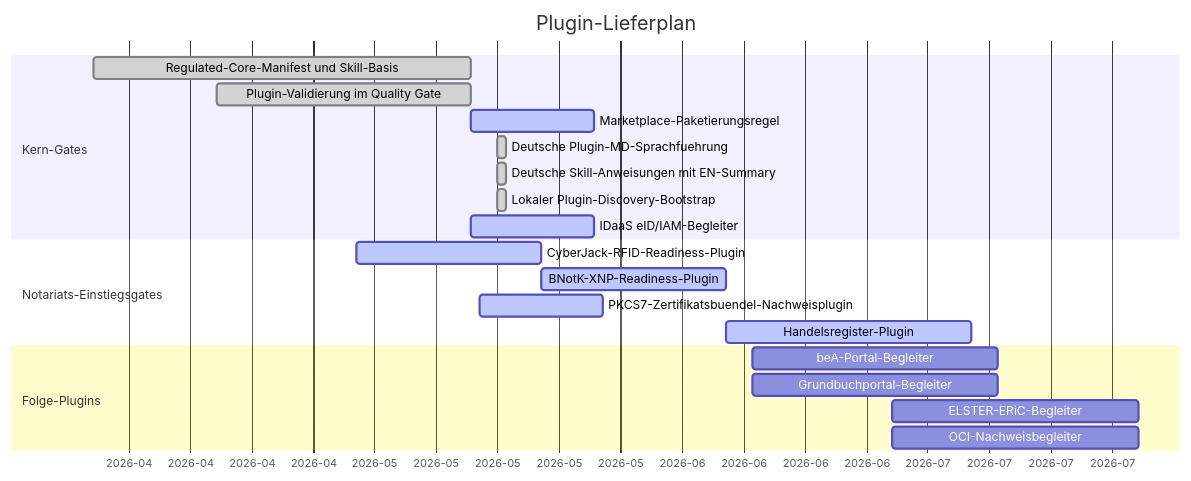
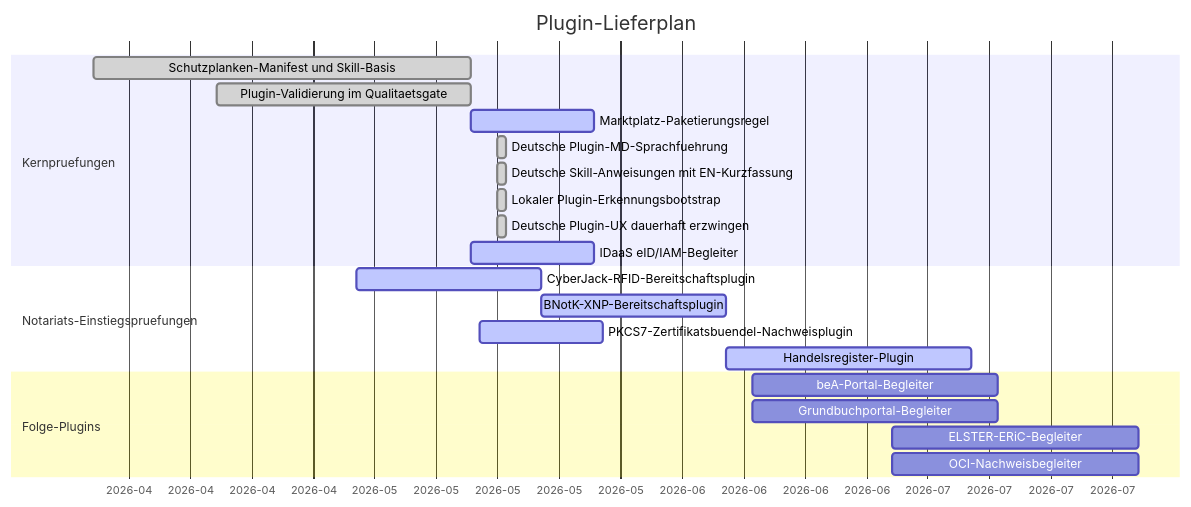
One commit to notariat8/NaC changed the diagram in plugins/GANTT.md. Above: the diagram before and after it, drawn with Mermaid. The commit also changed other lines of this file and 54 other files, not shown here.

````diff
--- a/plugins/GANTT.md
+++ b/plugins/GANTT.md
@@ -5,27 +5,28 @@
 ```mermaid
 gantt
     title Plugin-Lieferplan
     dateFormat  YYYY-MM-DD
     axisFormat  %Y-%m
 
-    section Kern-Gates
-    Regulated-Core-Manifest und Skill-Basis    :done,   p1, 2026-04-01, 2026-05-14
-    Plugin-Validierung im Quality Gate         :done,   p2, 2026-04-15, 2026-05-14
-    Marketplace-Paketierungsregel              :active, p3, 2026-05-14, 14d
+    section Kernpruefungen
+    Schutzplanken-Manifest und Skill-Basis     :done,   p1, 2026-04-01, 2026-05-14
+    Plugin-Validierung im Qualitaetsgate       :done,   p2, 2026-04-15, 2026-05-14
+    Marktplatz-Paketierungsregel               :active, p3, 2026-05-14, 14d
     Deutsche Plugin-MD-Sprachfuehrung          :done,   p3a, 2026-05-17, 1d
-    Deutsche Skill-Anweisungen mit EN-Summary   :done,   p3b, 2026-05-17, 1d
-    Lokaler Plugin-Discovery-Bootstrap          :done,   p3c, 2026-05-17, 1d
+    Deutsche Skill-Anweisungen mit EN-Kurzfassung :done, p3b, 2026-05-17, 1d
+    Lokaler Plugin-Erkennungsbootstrap          :done,   p3c, 2026-05-17, 1d
+    Deutsche Plugin-UX dauerhaft erzwingen      :done,   p3d, 2026-05-17, 1d
     IDaaS eID/IAM-Begleiter                    :active, p4, 2026-05-14, 14d
 
-    section Notariats-Einstiegsgates
-    CyberJack-RFID-Readiness-Plugin            :active, p5, 2026-05-01, 21d
-    BNotK-XNP-Readiness-Plugin                 :active, p6, after p5, 21d
+    section Notariats-Einstiegspruefungen
+    CyberJack-RFID-Bereitschaftsplugin         :active, p5, 2026-05-01, 21d
+    BNotK-XNP-Bereitschaftsplugin              :active, p6, after p5, 21d
     PKCS7-Zertifikatsbuendel-Nachweisplugin    :active, p6a, 2026-05-15, 14d
     Handelsregister-Plugin                     :active, p7, after p6, 28d
 
     section Folge-Plugins
     beA-Portal-Begleiter                       :        p8, 2026-06-15, 28d
     Grundbuchportal-Begleiter                  :        p9, 2026-06-15, 28d
     ELSTER-ERiC-Begleiter                      :        p10, 2026-07-01, 28d
     OCI-Nachweisbegleiter                      :        p11, 2026-07-01, 28d
 ```
````
